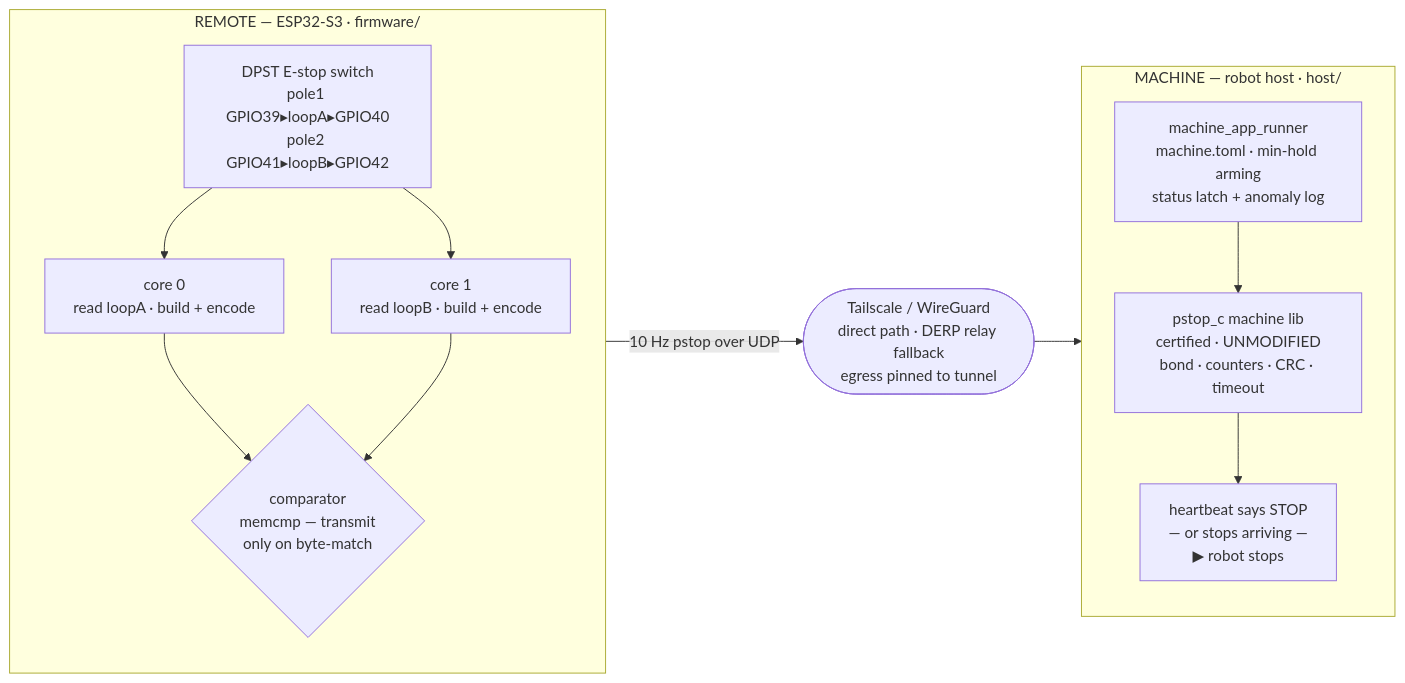
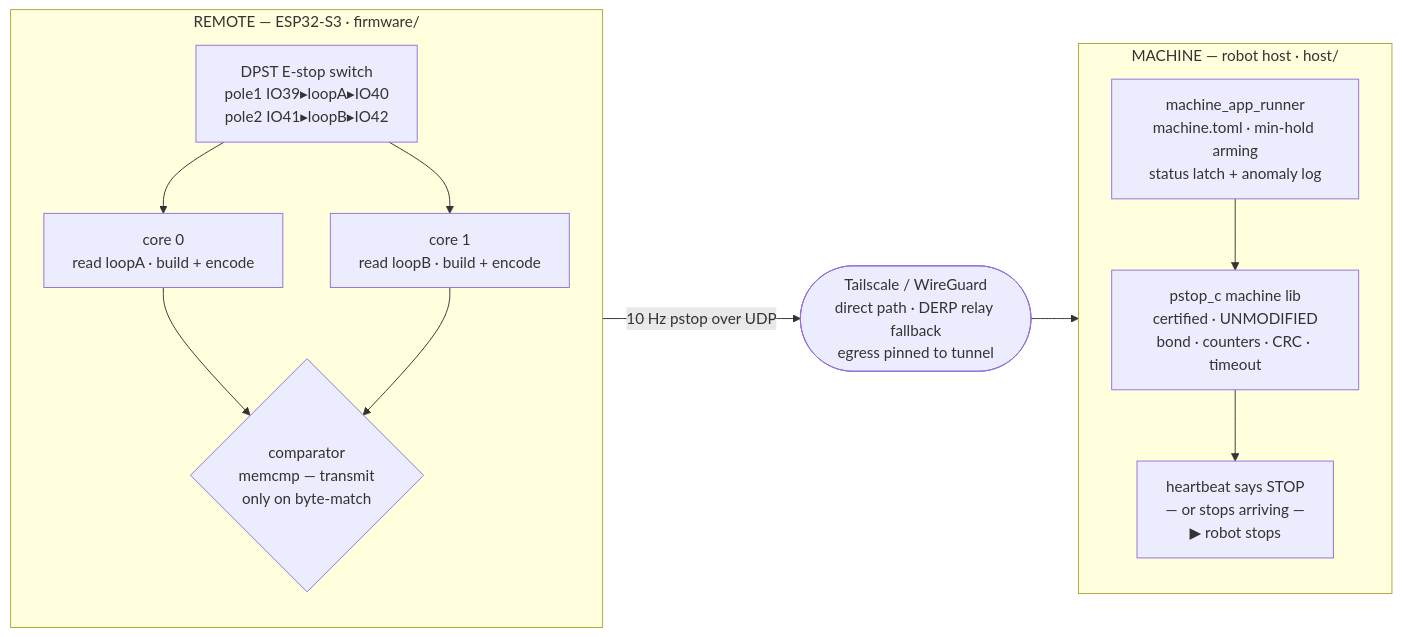
One commit to polymathrobotics/protective-stop changed the diagram in README.md. Above: the diagram before and after it, drawn with Mermaid. The commit also changed 3 other files, not shown here.

````diff
--- a/README.md
+++ b/README.md
@@ -43,24 +43,24 @@
 ```mermaid
 flowchart LR
     subgraph REMOTE["REMOTE — ESP32-S3 · firmware/"]
         direction TB
-        SW["DPST E-stop switch<br/>pole1 GPIO39▸loopA▸GPIO40<br/>pole2 GPIO41▸loopB▸GPIO42"]
+        SW["DPST E-stop switch<br/>pole1 IO39▸loopA▸IO40<br/>pole2 IO41▸loopB▸IO42"]
         C0["core 0<br/>read loopA · build + encode"]
         C1["core 1<br/>read loopB · build + encode"]
         CMP{"comparator<br/>memcmp — transmit<br/>only on byte-match"}
         SW --> C0 --> CMP
         SW --> C1 --> CMP
     end
 
     NET(["Tailscale / WireGuard<br/>direct path · DERP relay fallback<br/>egress pinned to tunnel"])
 
     subgraph MACHINE["MACHINE — robot host · host/"]
         direction TB
         WRAP["machine_app_runner<br/>machine.toml · min-hold arming<br/>status latch + anomaly log"]
         LIB["pstop_c machine lib<br/>certified · UNMODIFIED<br/>bond · counters · CRC · timeout"]
         STOP["heartbeat says STOP<br/>— or stops arriving —<br/>▶ robot stops"]
         WRAP --> LIB --> STOP
     end
 
     CMP -->|"10 Hz pstop over UDP"| NET --> WRAP
 ```
````
